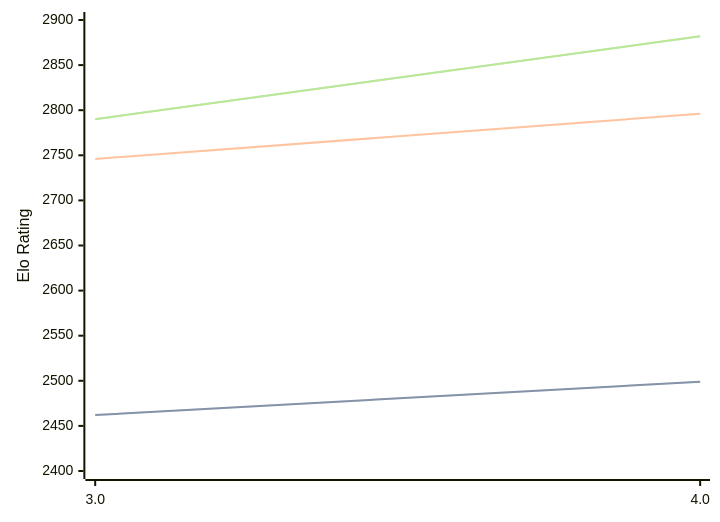
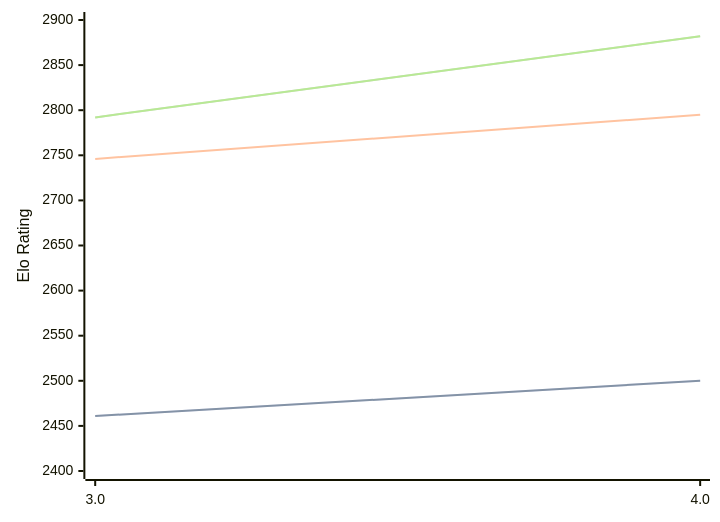
Before and after one commit to computer-chess-index/cci: the first of 3 diagrams in engines/Chess3.md, drawn with Mermaid. The commit also changed other lines of this file, not shown here.

Commit message:
Update CCI Ratings (ELO VLTC) - 2026-07-12

````diff
--- a/engines/Chess3.md
+++ b/engines/Chess3.md
@@ -34,11 +34,11 @@
 ```mermaid
 %%{init: {"theme":"base","themeVariables":{"seriesColors:['#a3a3a3','#222221','#faa371']}}}%%
 xychart-beta
   x-axis ["3.0", "4.0"]
   y-axis "Elo Rating" 2400 --> 2900
-  line "STC (8.0+0.08s)" [2462, 2499]
-  line "STC (8.0+0.08s)" [2462, 2499]
-  line "LTC (60.0+0.60s)" [2746, 2796]
-  line "VLTC (2m24s+1.12s)" [2790, 2882]
-  line "VLTC (2m24s+1.12s)" [2790, 2882]
+  line "STC (8.0+0.08s)" [2461, 2500]
+  line "STC (8.0+0.08s)" [2461, 2500]
+  line "LTC (60.0+0.60s)" [2746, 2795]
+  line "VLTC (2m24s+1.12s)" [2792, 2882]
+  line "VLTC (2m24s+1.12s)" [2792, 2882]
 ```
````
